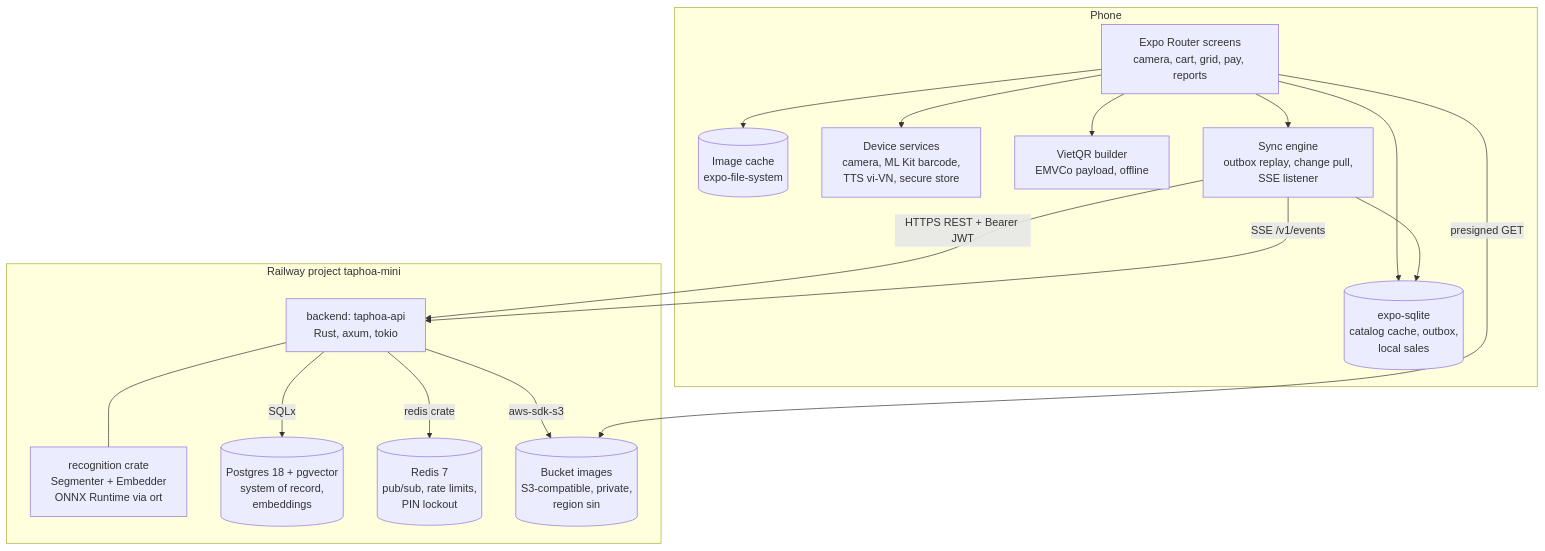
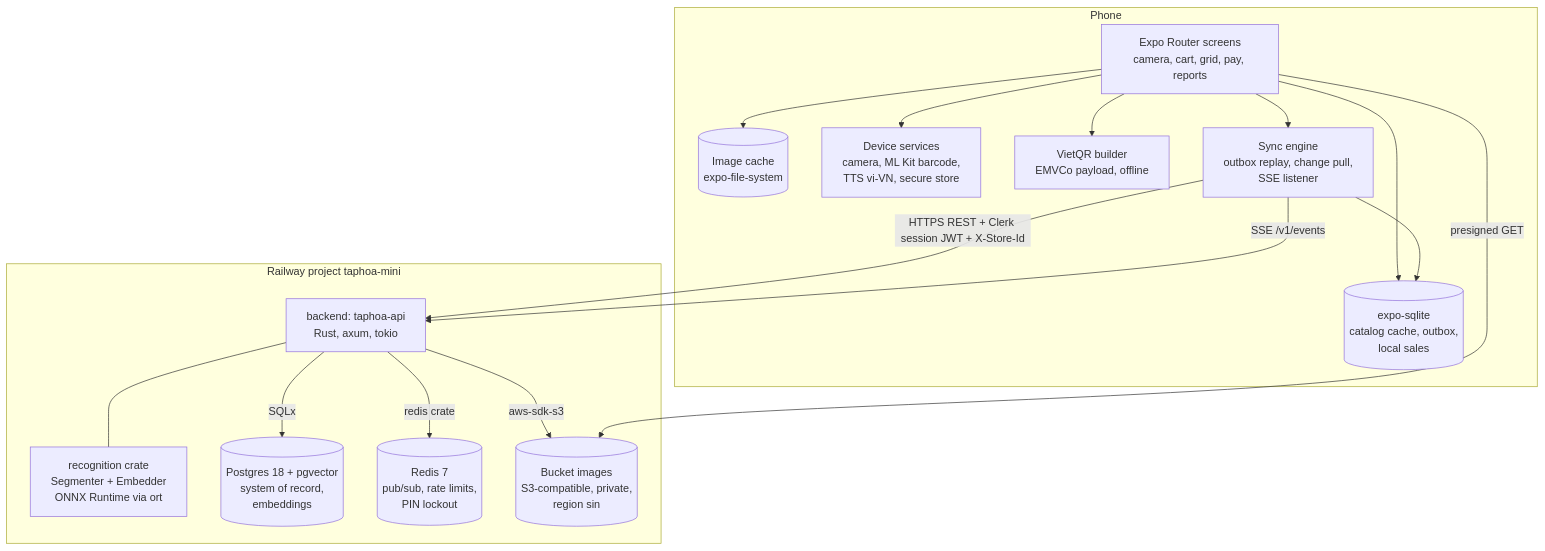
One commit to datamonsterr/taphoa-mini changed the second of 16 diagrams in docs/architecture.md. Above: the diagram before and after it, drawn with Mermaid. The commit also changed other lines of this file and 2 other files, not shown here.

First line of the commit message:
docs: clerk identity in architecture

````diff
--- a/docs/architecture.md
+++ b/docs/architecture.md
@@ -65,33 +68,33 @@
 ```mermaid
 flowchart TB
     subgraph device[Phone]
         ui[Expo Router screens<br/>camera, cart, grid, pay, reports]
         local[(expo-sqlite<br/>catalog cache, outbox,<br/>local sales)]
         files[(Image cache<br/>expo-file-system)]
         native[Device services<br/>camera, ML Kit barcode,<br/>TTS vi-VN, secure store]
         qr[VietQR builder<br/>EMVCo payload, offline]
         sync[Sync engine<br/>outbox replay, change pull,<br/>SSE listener]
         ui --> local
         ui --> native
         ui --> qr
         ui --> sync
         sync --> local
         ui --> files
     end
 
     subgraph railway[Railway project taphoa-mini]
         api[backend: taphoa-api<br/>Rust, axum, tokio]
         rec[recognition crate<br/>Segmenter + Embedder<br/>ONNX Runtime via ort]
         pg[(Postgres 18 + pgvector<br/>system of record,<br/>embeddings)]
         redis[(Redis 7<br/>pub/sub, rate limits,<br/>PIN lockout)]
         bucket[(Bucket images<br/>S3-compatible, private,<br/>region sin)]
         api --- rec
         api -- SQLx --> pg
         api -- redis crate --> redis
         api -- aws-sdk-s3 --> bucket
     end
 
-    sync -- HTTPS REST + Bearer JWT --> api
+    sync -- HTTPS REST + Clerk session JWT + X-Store-Id --> api
     sync -- SSE /v1/events --> api
     ui -- presigned GET --> bucket
 ```
````
